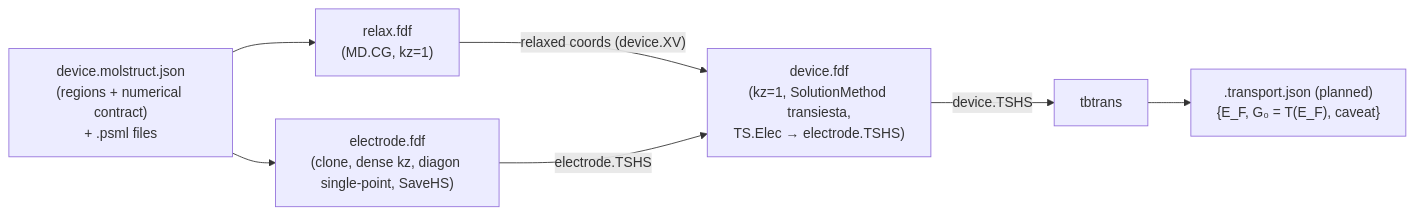
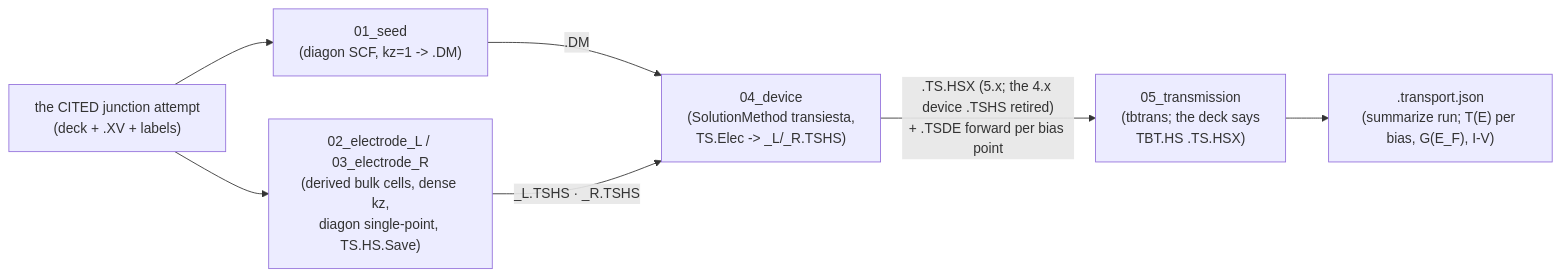
The third of 3 diagrams in docs/engines/transport.md (Qing-LAB/molbuilder), drawn with Mermaid before and after one commit. The commit also changed other lines of this file and 26 other files, not shown here.

````diff
--- a/docs/engines/transport.md
+++ b/docs/engines/transport.md
@@ -316,10 +317,10 @@
 ```mermaid
 flowchart LR
-    SRC["device.molstruct.json<br/>(regions + numerical contract)<br/>+ .psml files"]
-    SRC --> RELAX["relax.fdf<br/>(MD.CG, kz=1)"]
-    SRC --> ELEC["electrode.fdf<br/>(clone, dense kz, diagon single-point, SaveHS)"]
-    RELAX -->|"relaxed coords (device.XV)"| DEVICE["device.fdf<br/>(kz=1, SolutionMethod transiesta,<br/>TS.Elec → electrode.TSHS)"]
-    ELEC -->|"electrode.TSHS"| DEVICE
-    DEVICE -->|"device.TSHS"| TBT["tbtrans"]
-    TBT --> RESULT[".transport.json (planned)<br/>{E_F, G₀ = T(E_F), caveat}"]
+    CITE["the CITED junction attempt<br/>(deck + .XV + labels)"]
+    CITE --> SEED["01_seed<br/>(diagon SCF, kz=1 -> .DM)"]
+    CITE --> EL["02_electrode_L / 03_electrode_R<br/>(derived bulk cells, dense kz,<br/>diagon single-point, TS.HS.Save)"]
+    SEED -->|".DM"| DEVICE["04_device<br/>(SolutionMethod transiesta,<br/>TS.Elec -> <label>_L/_R.TSHS)"]
+    EL -->|"<label>_L.TSHS · <label>_R.TSHS"| DEVICE
+    DEVICE -->|"<label>.TS.HSX (5.x; the 4.x device .TSHS retired)<br/>+ .TSDE forward per bias point"| TBT["05_transmission<br/>(tbtrans; the deck says<br/>TBT.HS <label>.TS.HSX)"]
+    TBT --> RESULT["<label>.transport.json<br/>(summarize run; T(E) per bias, G(E_F), I-V)"]
 ```
````
